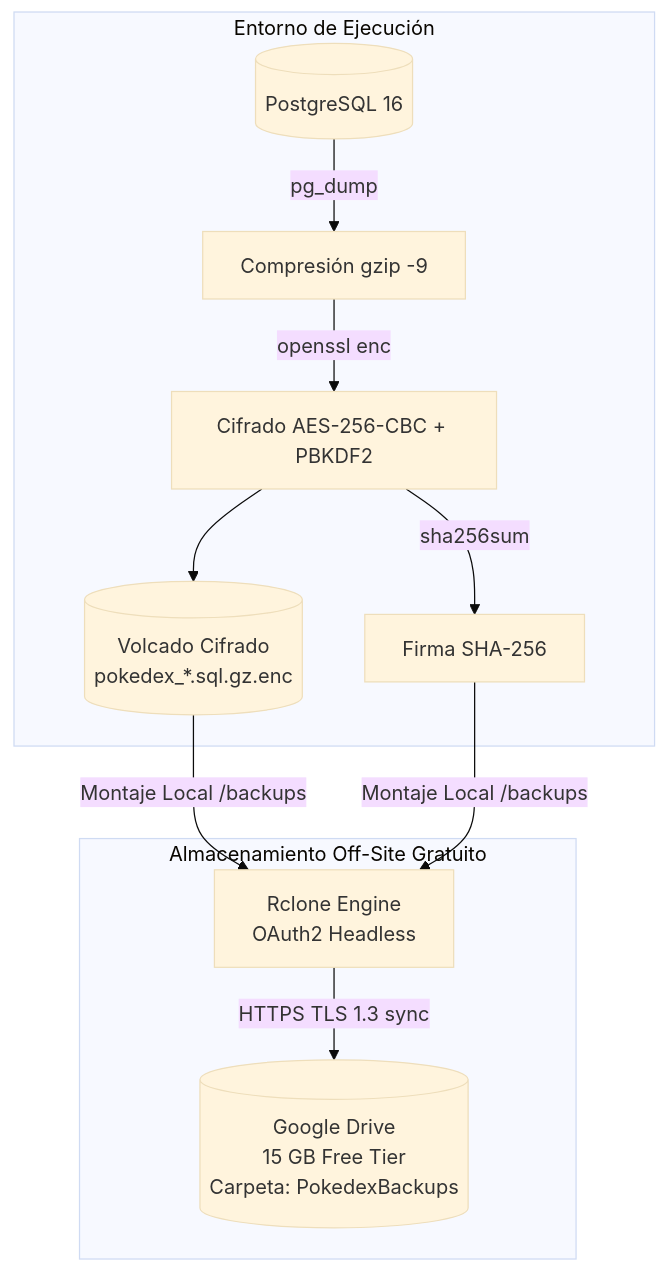
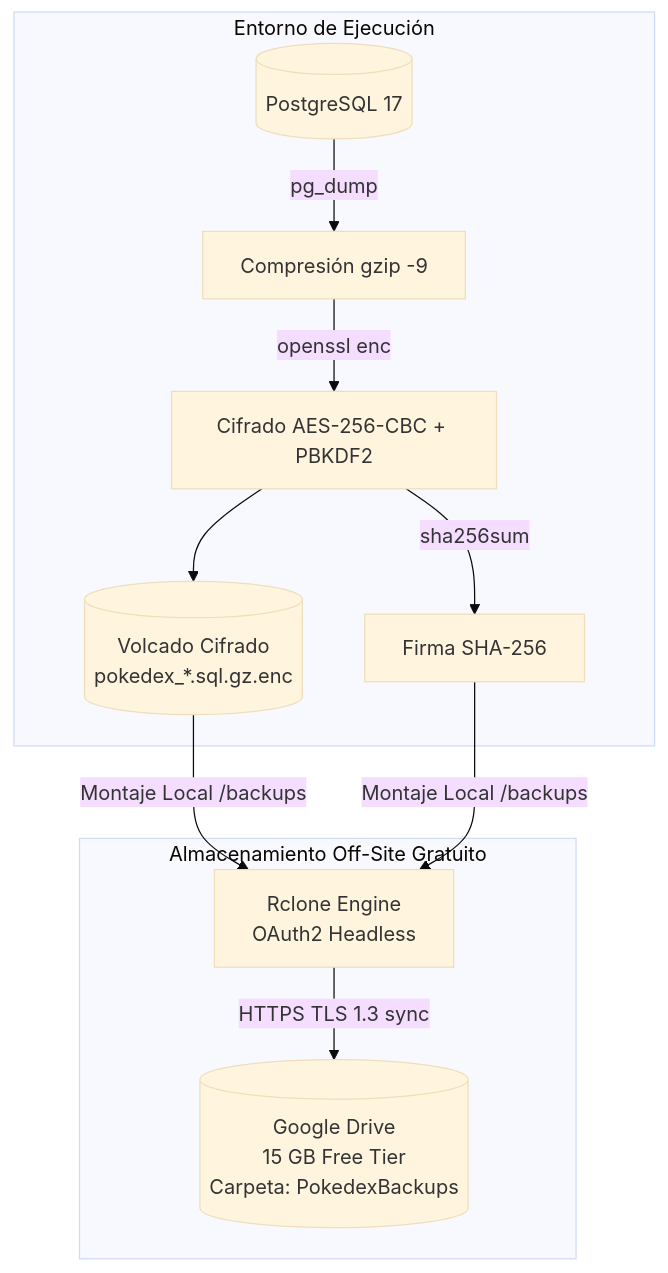
Before and after one commit to rocapellino/pokedex: the diagram in docs/operations/GDRIVE_BACKUP_GUIDE.md, drawn with Mermaid (base theme). The commit also changed other lines of this file and 20 other files, not shown here.

````diff
--- a/docs/operations/GDRIVE_BACKUP_GUIDE.md
+++ b/docs/operations/GDRIVE_BACKUP_GUIDE.md
@@ -9,18 +9,18 @@
 ```mermaid
 flowchart TD
     subgraph LOCAL["Entorno de Ejecución"]
-        PG[(PostgreSQL 16)] -->|pg_dump| GZ[Compresión gzip -9]
+        PG[(PostgreSQL 17)] -->|pg_dump| GZ[Compresión gzip -9]
         GZ -->|openssl enc| AES[Cifrado AES-256-CBC + PBKDF2]
         AES -->|sha256sum| SHA[Firma SHA-256]
         AES --> DUMP[(Volcado Cifrado\npokedex_*.sql.gz.enc)]
     end
 
     subgraph OFFSITE["Almacenamiento Off-Site Gratuito"]
         RCLONE[Rclone Engine\nOAuth2 Headless]
         GDRIVE[(Google Drive\n15 GB Free Tier\nCarpeta: PokedexBackups)]
     end
 
     DUMP -->|Montaje Local /backups| RCLONE
     SHA -->|Montaje Local /backups| RCLONE
     RCLONE -->|HTTPS TLS 1.3 sync| GDRIVE
 ```
````
